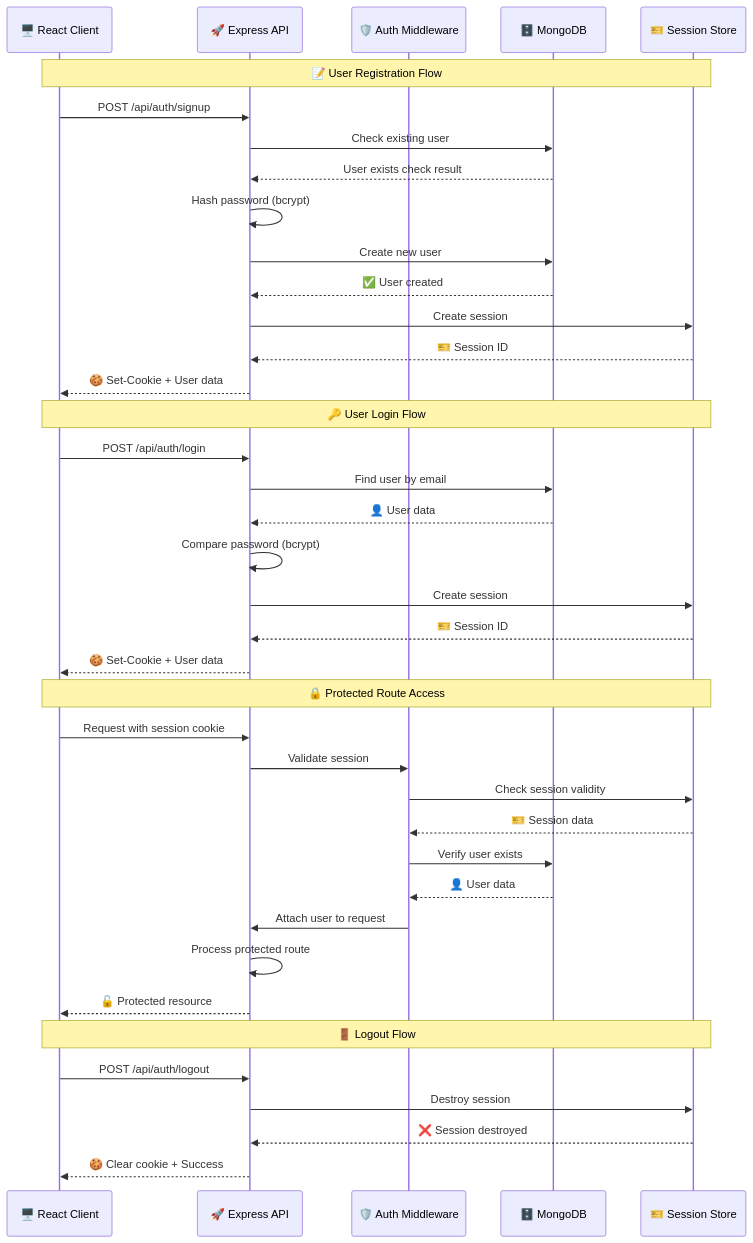
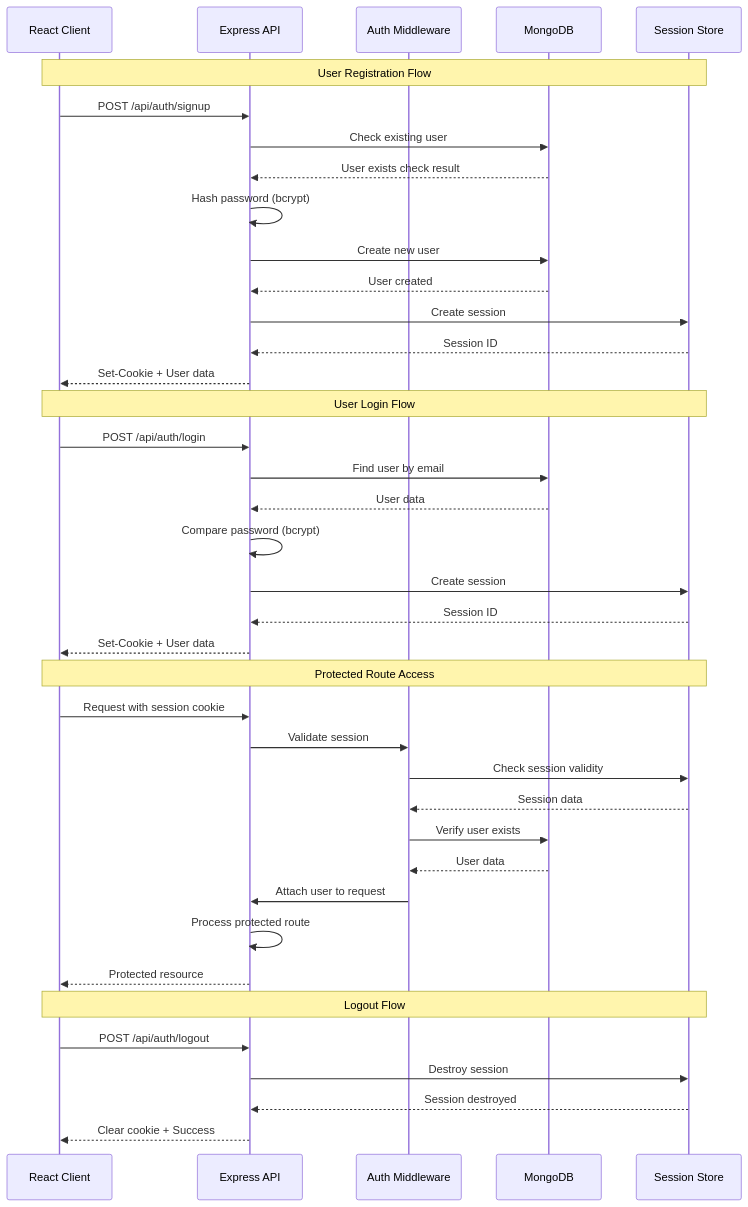
Before and after one commit to Ishu077/Lepron-GPT-with-Auth: the fifth of 6 diagrams in README.md, drawn with Mermaid. The commit also changed other lines of this file, not shown here.

````diff
--- a/README.md
+++ b/README.md
@@ -293,45 +272,45 @@
 ```mermaid
 sequenceDiagram
-    participant Client as 🖥️ React Client
-    participant API as 🚀 Express API
-    participant Auth as 🛡️ Auth Middleware
-    participant DB as 🗄️ MongoDB
-    participant Session as 🎫 Session Store
+    participant Client as React Client
+    participant API as Express API
+    participant Auth as Auth Middleware
+    participant DB as MongoDB
+    participant Session as Session Store
     
-    Note over Client,Session: 📝 User Registration Flow
+    Note over Client,Session: User Registration Flow
     Client->>API: POST /api/auth/signup
     API->>DB: Check existing user
     DB-->>API: User exists check result
     API->>API: Hash password (bcrypt)
     API->>DB: Create new user
-    DB-->>API: ✅ User created
+    DB-->>API: User created
     API->>Session: Create session
-    Session-->>API: 🎫 Session ID
-    API-->>Client: 🍪 Set-Cookie + User data
+    Session-->>API: Session ID
+    API-->>Client: Set-Cookie + User data
     
-    Note over Client,Session: 🔑 User Login Flow
+    Note over Client,Session: User Login Flow
     Client->>API: POST /api/auth/login
     API->>DB: Find user by email
-    DB-->>API: 👤 User data
+    DB-->>API: User data
     API->>API: Compare password (bcrypt)
     API->>Session: Create session
-    Session-->>API: 🎫 Session ID
-    API-->>Client: 🍪 Set-Cookie + User data
+    Session-->>API: Session ID
+    API-->>Client: Set-Cookie + User data
     
-    Note over Client,Session: 🔒 Protected Route Access
+    Note over Client,Session: Protected Route Access
     Client->>API: Request with session cookie
     API->>Auth: Validate session
     Auth->>Session: Check session validity
-    Session-->>Auth: 🎫 Session data
+    Session-->>Auth: Session data
     Auth->>DB: Verify user exists
-    DB-->>Auth: 👤 User data
+    DB-->>Auth: User data
     Auth->>API: Attach user to request
     API->>API: Process protected route
-    API-->>Client: 🔓 Protected resource
+    API-->>Client: Protected resource
     
-    Note over Client,Session: 🚪 Logout Flow
+    Note over Client,Session: Logout Flow
     Client->>API: POST /api/auth/logout
     API->>Session: Destroy session
-    Session-->>API: ❌ Session destroyed
-    API-->>Client: 🍪 Clear cookie + Success
+    Session-->>API: Session destroyed
+    API-->>Client: Clear cookie + Success
 ```
````
